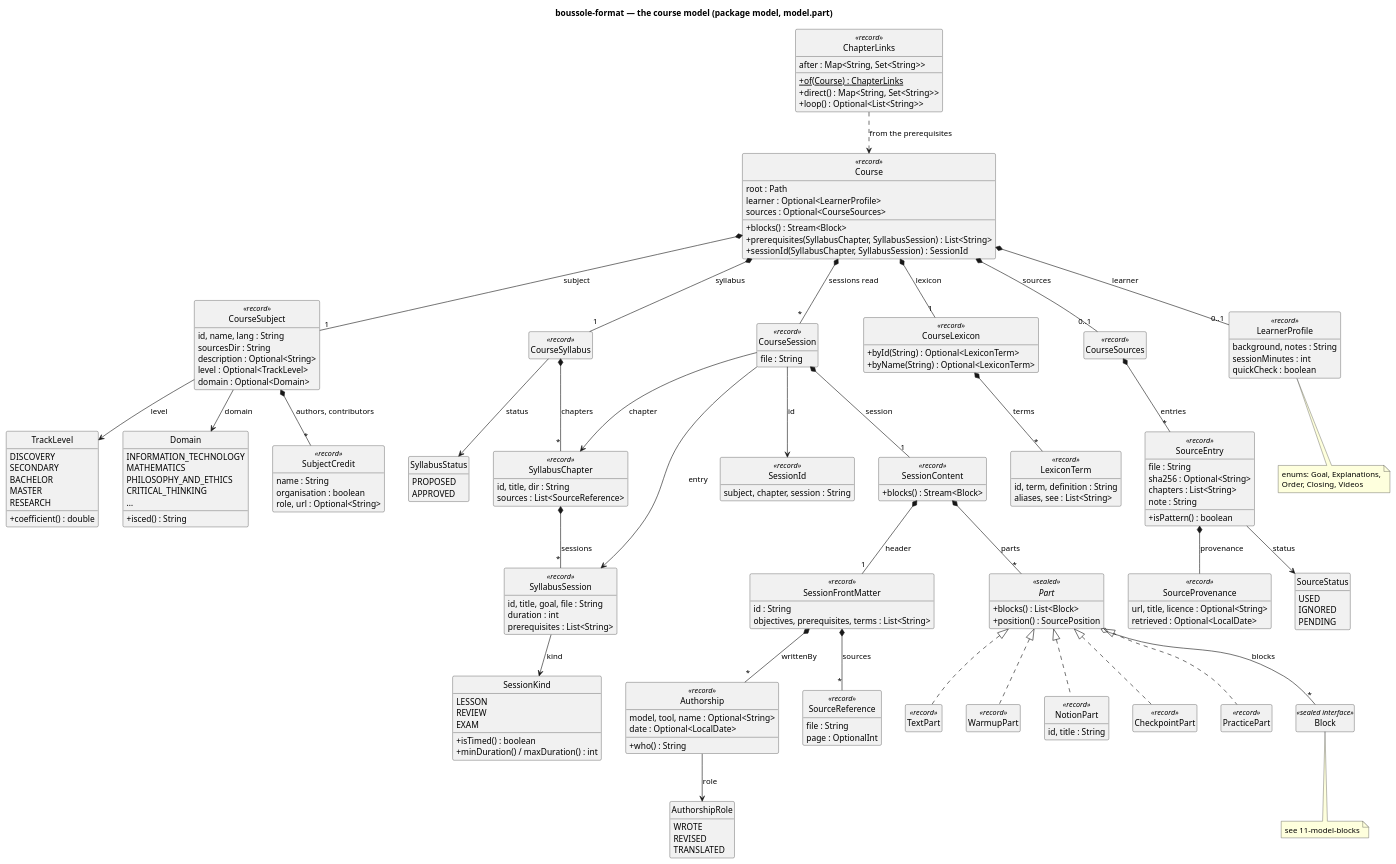
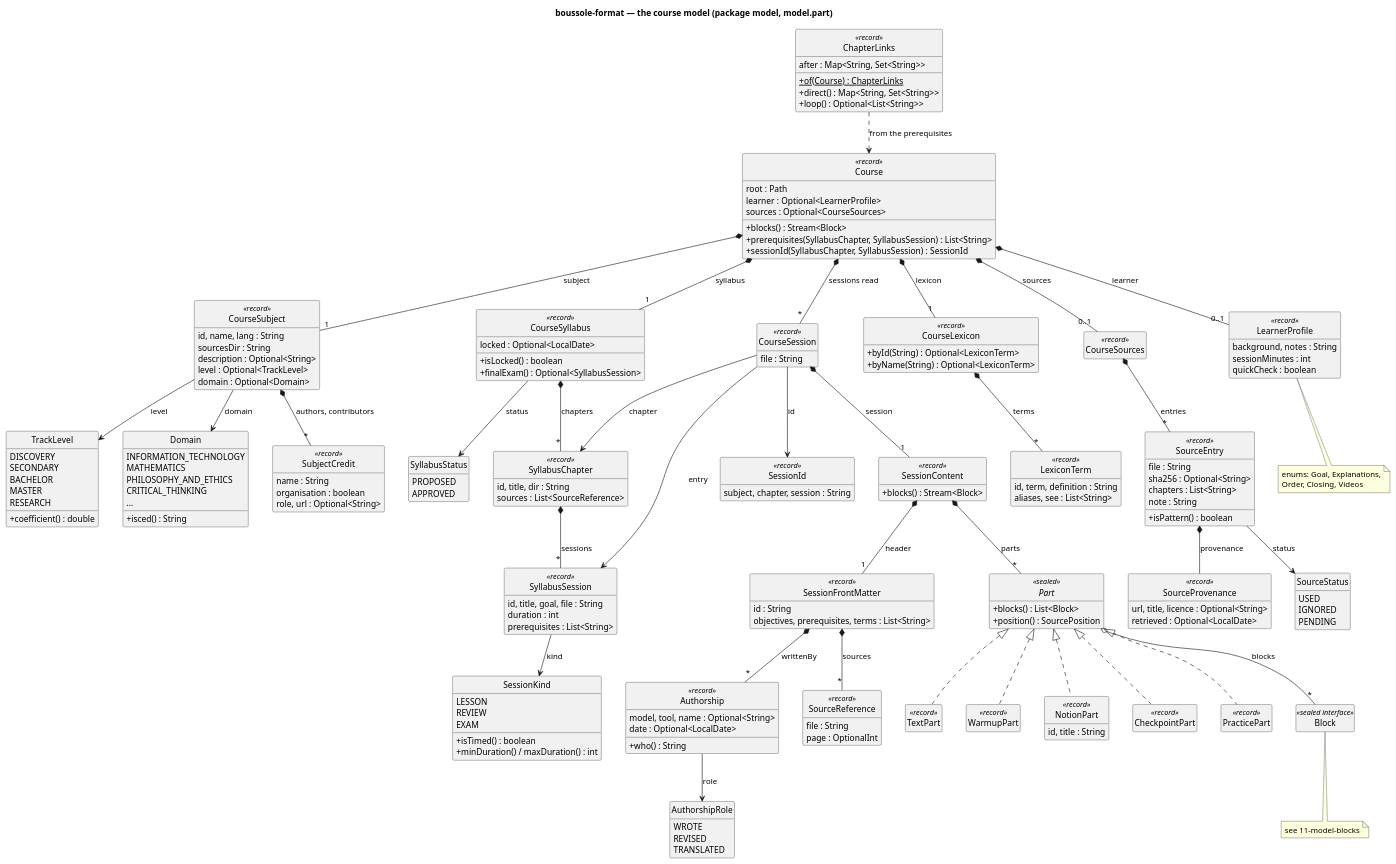
One commit to lucasssoh/Boussole changed the diagram in docs/diagrams/10-model-course.puml. Above: the diagram before and after it, drawn with PlantUML. The commit also changed 34 other files, not shown here.

Commit message:
CLI : a track can be locked once every document is in (L, boussole lock), the final mock exam waits for it and later documents are left out (F046); agents run any command in the sandbox of Claude Code, and write files only in the track

```diff
--- a/docs/diagrams/10-model-course.puml
+++ b/docs/diagrams/10-model-course.puml
@@ -1,184 +1,188 @@
 @startuml 10-model-course
 skinparam packageStyle rectangle
 skinparam classAttributeIconSize 0
 skinparam nodesep 40
 skinparam ranksep 50
 hide empty members
 hide circle
 title boussole-format — the course model (package model, model.part)
 
 class Course <<record>> {
   root : Path
   learner : Optional<LearnerProfile>
   sources : Optional<CourseSources>
   +blocks() : Stream<Block>
   +prerequisites(SyllabusChapter, SyllabusSession) : List<String>
   +sessionId(SyllabusChapter, SyllabusSession) : SessionId
 }
 class CourseSubject <<record>> {
   id, name, lang : String
   sourcesDir : String
   description : Optional<String>
   level : Optional<TrackLevel>
   domain : Optional<Domain>
 }
 enum TrackLevel {
   DISCOVERY
   SECONDARY
   BACHELOR
   MASTER
   RESEARCH
   +coefficient() : double
 }
 enum Domain {
   INFORMATION_TECHNOLOGY
   MATHEMATICS
   PHILOSOPHY_AND_ETHICS
   CRITICAL_THINKING
   …
   +isced() : String
 }
-class CourseSyllabus <<record>>
+class CourseSyllabus <<record>> {
+  locked : Optional<LocalDate>
+  +isLocked() : boolean
+  +finalExam() : Optional<SyllabusSession>
+}
 class ChapterLinks <<record>> {
   after : Map<String, Set<String>>
   +{static} of(Course) : ChapterLinks
   +direct() : Map<String, Set<String>>
   +loop() : Optional<List<String>>
 }
 enum SyllabusStatus {
   PROPOSED
   APPROVED
 }
 class SyllabusChapter <<record>> {
   id, title, dir : String
   sources : List<SourceReference>
 }
 class SyllabusSession <<record>> {
   id, title, goal, file : String
   duration : int
   prerequisites : List<String>
 }
 enum SessionKind {
   LESSON
   REVIEW
   EXAM
   +isTimed() : boolean
   +minDuration() / maxDuration() : int
 }
 class SessionId <<record>> {
   subject, chapter, session : String
 }
 class CourseLexicon <<record>> {
   +byId(String) : Optional<LexiconTerm>
   +byName(String) : Optional<LexiconTerm>
 }
 class LexiconTerm <<record>> {
   id, term, definition : String
   aliases, see : List<String>
 }
 class CourseSources <<record>>
 class SourceEntry <<record>> {
   file : String
   sha256 : Optional<String>
   chapters : List<String>
   note : String
   +isPattern() : boolean
 }
 class Authorship <<record>> {
   model, tool, name : Optional<String>
   date : Optional<LocalDate>
   +who() : String
 }
 enum AuthorshipRole {
   WROTE
   REVISED
   TRANSLATED
 }
 class SubjectCredit <<record>> {
   name : String
   organisation : boolean
   role, url : Optional<String>
 }
 class SourceProvenance <<record>> {
   url, title, licence : Optional<String>
   retrieved : Optional<LocalDate>
 }
 enum SourceStatus {
   USED
   IGNORED
   PENDING
 }
 class LearnerProfile <<record>> {
   background, notes : String
   sessionMinutes : int
   quickCheck : boolean
 }
 note bottom of LearnerProfile
   enums: Goal, Explanations,
   Order, Closing, Videos
 end note
 class CourseSession <<record>> {
   file : String
 }
 class SessionContent <<record>> {
   +blocks() : Stream<Block>
 }
 class SessionFrontMatter <<record>> {
   id : String
   objectives, prerequisites, terms : List<String>
 }
 class SourceReference <<record>> {
   file : String
   page : OptionalInt
 }
 
 interface Part <<sealed>> {
   +blocks() : List<Block>
   +position() : SourcePosition
 }
 class TextPart <<record>>
 class WarmupPart <<record>>
 class NotionPart <<record>> {
   id, title : String
 }
 class CheckpointPart <<record>>
 class PracticePart <<record>>
 
 Course *-- "1" CourseSubject : subject
 CourseSubject --> TrackLevel : level
 CourseSubject --> Domain : domain
 Course *-- "1" CourseSyllabus : syllabus
 ChapterLinks ..> Course : from the prerequisites
 Course *-- "1" CourseLexicon : lexicon
 Course *-- "0..1" LearnerProfile : learner
 Course *-- "0..1" CourseSources : sources
 CourseSources *-- "*" SourceEntry : entries
 SourceEntry --> SourceStatus : status
 SourceEntry *-- SourceProvenance : provenance
 Course *-- "*" CourseSession : sessions read
 CourseSyllabus *-- "*" SyllabusChapter : chapters
 CourseSyllabus --> SyllabusStatus : status
 SyllabusChapter *-- "*" SyllabusSession : sessions
 SyllabusSession --> SessionKind : kind
 CourseLexicon *-- "*" LexiconTerm : terms
 CourseSession --> SessionId : id
 CourseSession --> SyllabusChapter : chapter
 CourseSession --> SyllabusSession : entry
 CourseSession *-- "1" SessionContent : session
 SessionContent *-- "1" SessionFrontMatter : header
 SessionContent *-- "*" Part : parts
 SessionFrontMatter *-- "*" SourceReference : sources
 Part <|.. TextPart
 Part <|.. WarmupPart
 Part <|.. NotionPart
 Part <|.. CheckpointPart
 Part <|.. PracticePart
 Part o-- "*" Block : blocks
 
 class Block <<sealed interface>>
 note bottom of Block : see 11-model-blocks
 CourseSubject *-- "*" SubjectCredit : authors, contributors
 SessionFrontMatter *-- "*" Authorship : writtenBy
 Authorship --> AuthorshipRole : role
 
 @enduml
```
